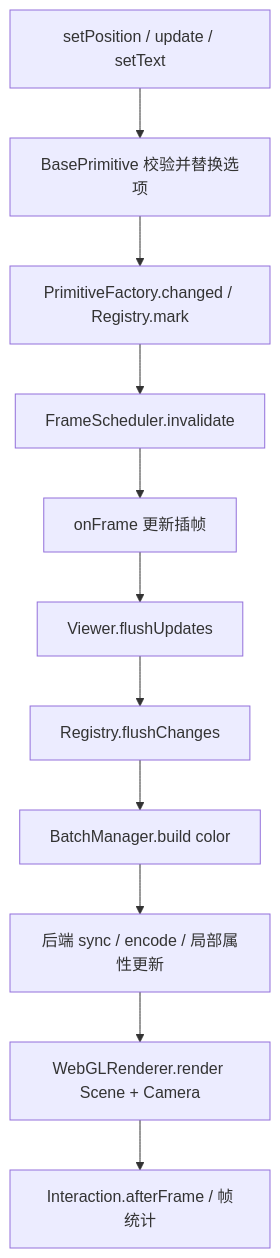
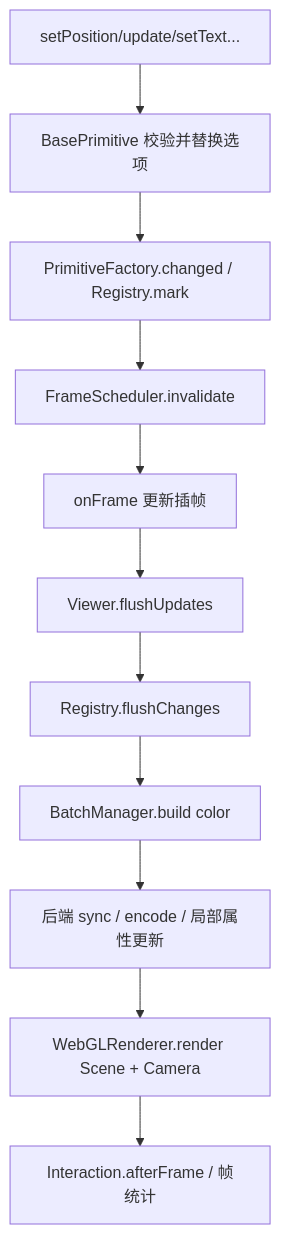
Before and after one commit to Lian1998/threejs-webgui-2d-core: the diagram in prompts/documents/01-runtime.md, drawn with Mermaid. The commit also changed other lines of this file and 6 other files, not shown here.

````diff
--- a/prompts/documents/01-runtime.md
+++ b/prompts/documents/01-runtime.md
@@ -50,13 +50,14 @@
 ```mermaid
 flowchart TD
-  API[setPosition / update / setText] --> State[BasePrimitive 校验并替换选项]
+  API[setPosition/update/setText...] 
+  API--> State[BasePrimitive 校验并替换选项]
   State --> Dirty[PrimitiveFactory.changed / Registry.mark]
   Dirty --> RAF[FrameScheduler.invalidate]
   RAF --> Motion[onFrame 更新插帧]
   Motion --> Flush[Viewer.flushUpdates]
   Flush --> Notify[Registry.flushChanges]
   Notify --> Batch[BatchManager.build color]
   Batch --> Buffers[后端 sync / encode / 局部属性更新]
   Buffers --> Draw[WebGLRenderer.render Scene + Camera]
   Draw --> After[Interaction.afterFrame / 帧统计]
 ```
````
